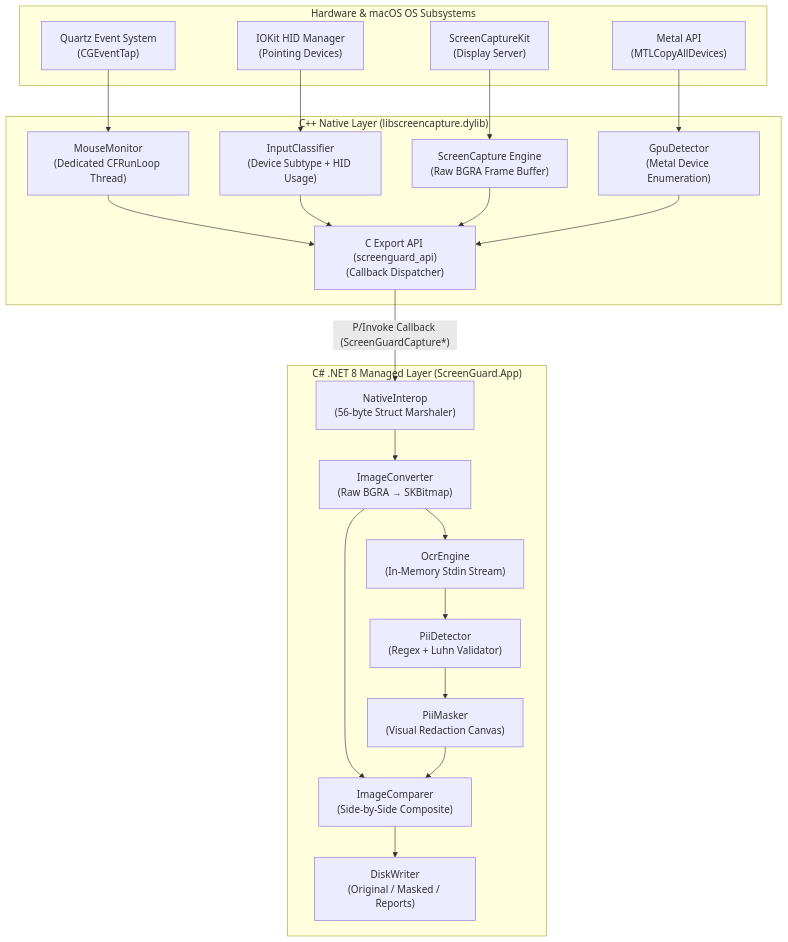
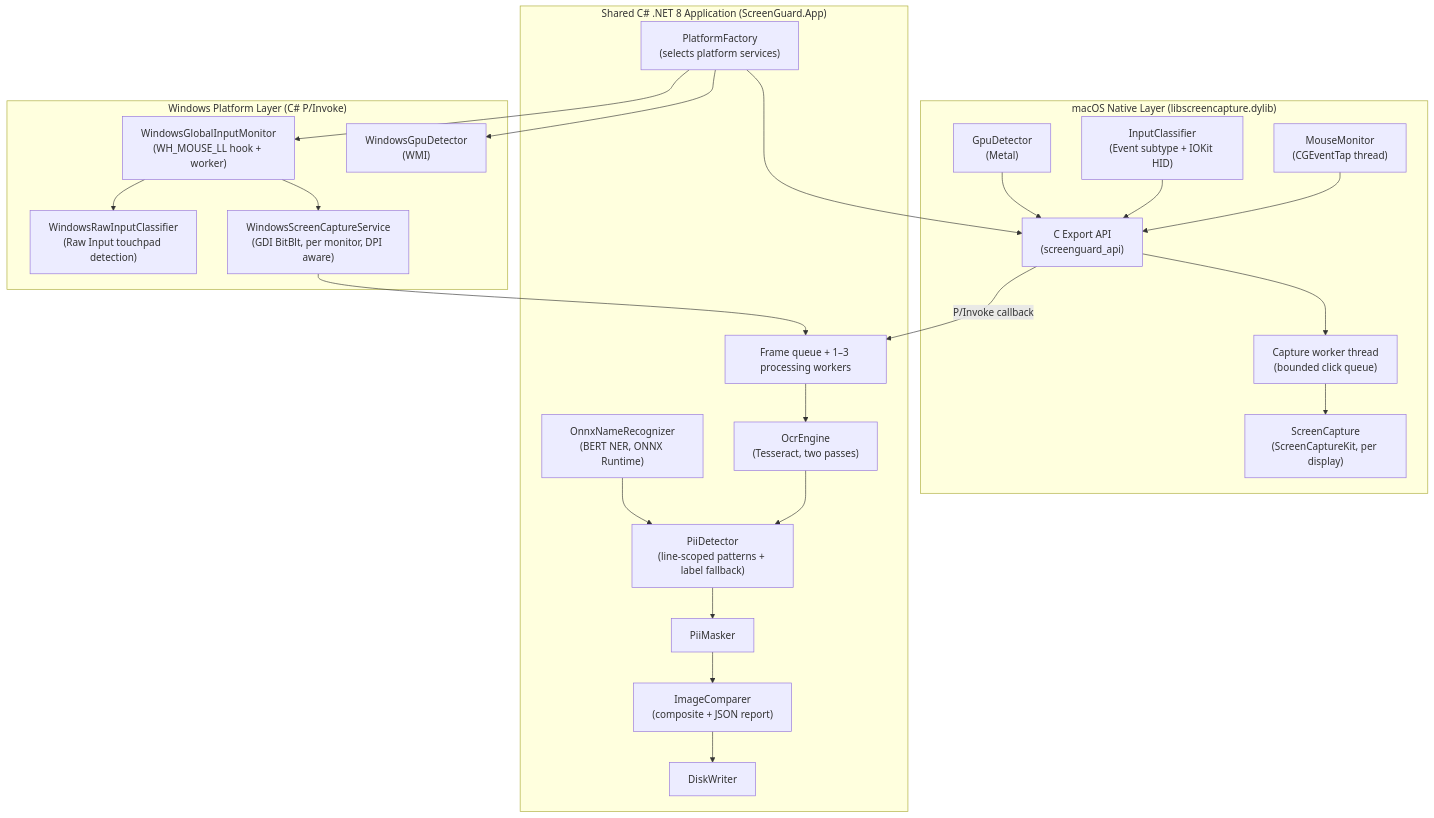
The first of 2 diagrams in docs/HLD.md (Deeps72-ux/screenguard-pii-masker), drawn with Mermaid before and after one commit. The commit also changed other lines of this file and 32 other files, not shown here.

````diff
--- a/docs/HLD.md
+++ b/docs/HLD.md
@@ -35,46 +40,51 @@
 ```mermaid
 graph TB
-    subgraph "Hardware & macOS OS Subsystems"
-        OS_MOUSE["Quartz Event System<br/>(CGEventTap)"]
-        OS_HID["IOKit HID Manager<br/>(Pointing Devices)"]
-        OS_DISP["ScreenCaptureKit<br/>(Display Server)"]
-        OS_METAL["Metal API<br/>(MTLCopyAllDevices)"]
+    subgraph "macOS Native Layer (libscreencapture.dylib)"
+        MM["MouseMonitor<br/>(CGEventTap thread)"]
+        IC["InputClassifier<br/>(Event subtype + IOKit HID)"]
+        WK["Capture worker thread<br/>(bounded click queue)"]
+        SC["ScreenCapture<br/>(ScreenCaptureKit, per display)"]
+        GD["GpuDetector<br/>(Metal)"]
+        API["C Export API<br/>(screenguard_api)"]
     end
 
-    subgraph "C++ Native Layer (libscreencapture.dylib)"
-        MM["MouseMonitor<br/>(Dedicated CFRunLoop Thread)"]
-        IC["InputClassifier<br/>(Device Subtype + HID Usage)"]
-        SC["ScreenCapture Engine<br/>(Raw BGRA Frame Buffer)"]
-        GD["GpuDetector<br/>(Metal Device Enumeration)"]
-        API["C Export API (screenguard_api)<br/>(Callback Dispatcher)"]
+    subgraph "Windows Platform Layer (C# P/Invoke)"
+        HOOK["WindowsGlobalInputMonitor<br/>(WH_MOUSE_LL hook + worker)"]
+        RAW["WindowsRawInputClassifier<br/>(Raw Input touchpad detection)"]
+        GDI["WindowsScreenCaptureService<br/>(GDI BitBlt, per monitor, DPI aware)"]
+        WMI["WindowsGpuDetector<br/>(WMI)"]
     end
 
-    subgraph "C# .NET 8 Managed Layer (ScreenGuard.App)"
-        PINVOKE["NativeInterop<br/>(56-byte Struct Marshaler)"]
-        IMG_CONV["ImageConverter<br/>(Raw BGRA → SKBitmap)"]
-        OCR["OcrEngine<br/>(In-Memory Stdin Stream)"]
-        PII_DET["PiiDetector<br/>(Regex + Luhn Validator)"]
-        PII_MASK["PiiMasker<br/>(Visual Redaction Canvas)"]
-        COMPARER["ImageComparer<br/>(Side-by-Side Composite)"]
-        DISK["DiskWriter<br/>(Original / Masked / Reports)"]
+    subgraph "Shared C# .NET 8 Application (ScreenGuard.App)"
+        PF["PlatformFactory<br/>(selects platform services)"]
+        Q["Frame queue + 1–3 processing workers"]
+        OCR["OcrEngine<br/>(Tesseract, two passes)"]
+        PII_DET["PiiDetector<br/>(line-scoped patterns + label fallback)"]
+        NER["OnnxNameRecognizer<br/>(BERT NER, ONNX Runtime)"]
+        PII_MASK["PiiMasker"]
+        COMPARER["ImageComparer<br/>(composite + JSON report)"]
+        DISK["DiskWriter"]
     end
-
-    OS_MOUSE --> MM
-    OS_HID --> IC
-    OS_DISP --> SC
-    OS_METAL --> GD
 
     MM --> API
     IC --> API
-    SC --> API
+    WK --> SC
+    API --> WK
     GD --> API
+    API -->|"P/Invoke callback"| Q
 
-    API -->|"P/Invoke Callback (ScreenGuardCapture*)"| PINVOKE
-    PINVOKE --> IMG_CONV
-    IMG_CONV --> OCR
+    HOOK --> RAW
+    HOOK --> GDI
+    GDI --> Q
+
+    PF --> API
+    PF --> HOOK
+    PF --> WMI
+
+    Q --> OCR
     OCR --> PII_DET
+    NER --> PII_DET
     PII_DET --> PII_MASK
-    IMG_CONV --> COMPARER
     PII_MASK --> COMPARER
     COMPARER --> DISK
 ```
````
